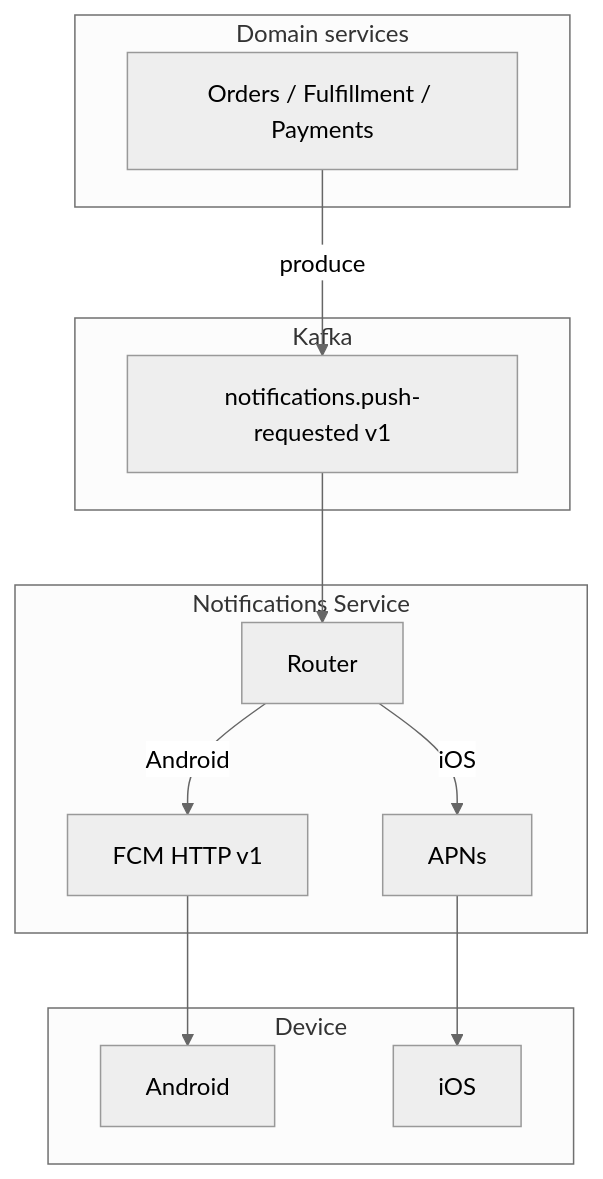
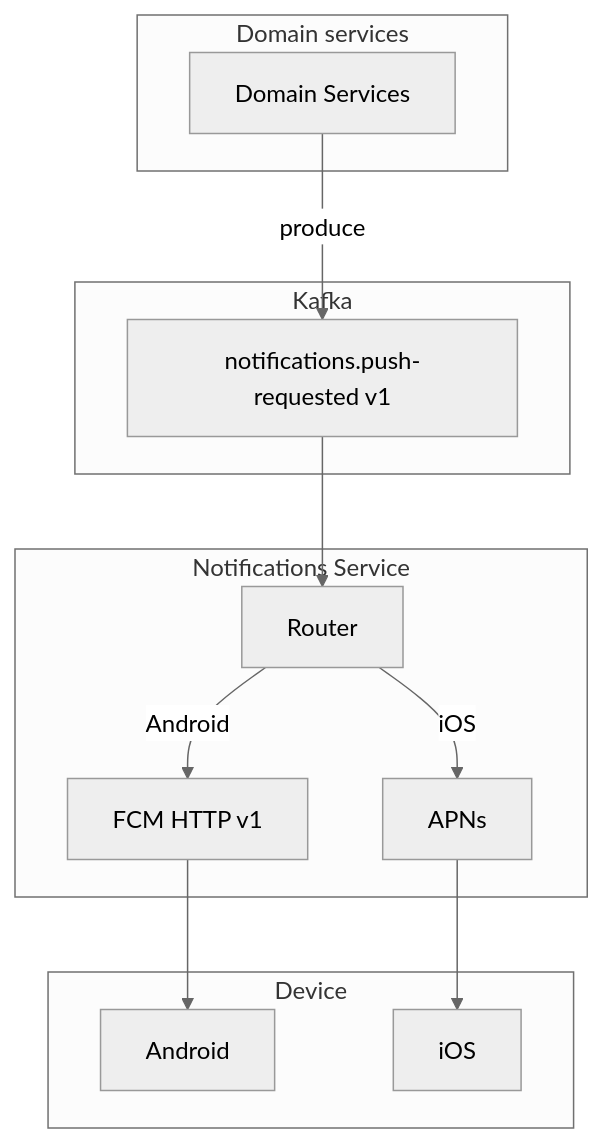
The fourth of 7 diagrams in 02-architecture-and-api/04-real-time-architecture.md (rishikeshdhokare/platform-manifesto), drawn with Mermaid (neutral theme) before and after one commit. The commit also changed other lines of this file and 12 other files, not shown here.

First line of the commit message:
fix: refactor Mermaid diagrams for compliance (#135)

````diff
--- a/02-architecture-and-api/04-real-time-architecture.md
+++ b/02-architecture-and-api/04-real-time-architecture.md
@@ -257,25 +257,25 @@
 ```mermaid
 flowchart TD
     subgraph Domain["Domain services"]
-        T[Orders / Fulfillment / Payments]
+        T[Domain Services]
     end
     subgraph Bus["Kafka"]
         E[notifications.push-requested v1]
     end
     subgraph Notif["Notifications Service"]
         R[Router]
         FCM[FCM HTTP v1]
         APN[APNs]
     end
     subgraph Device["Device"]
         AND[Android]
         IOS[iOS]
     end
 
     T -->|produce| E
     E --> R
     R -->|Android| FCM
     R -->|iOS| APN
     FCM --> AND
     APN --> IOS
 ```
````
